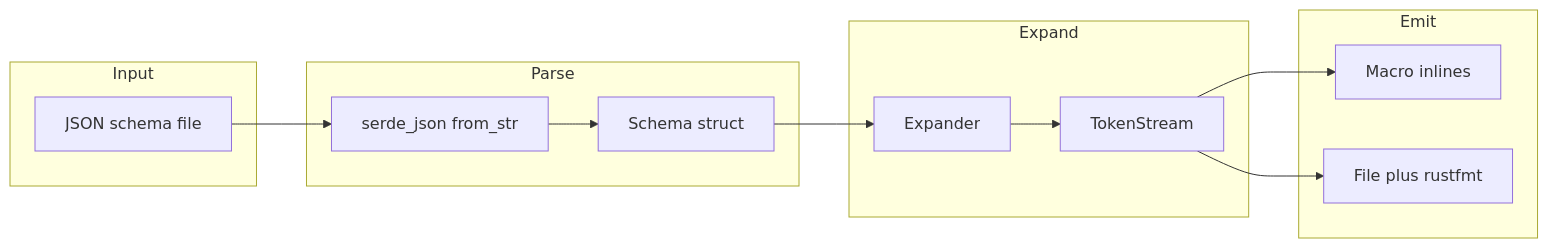
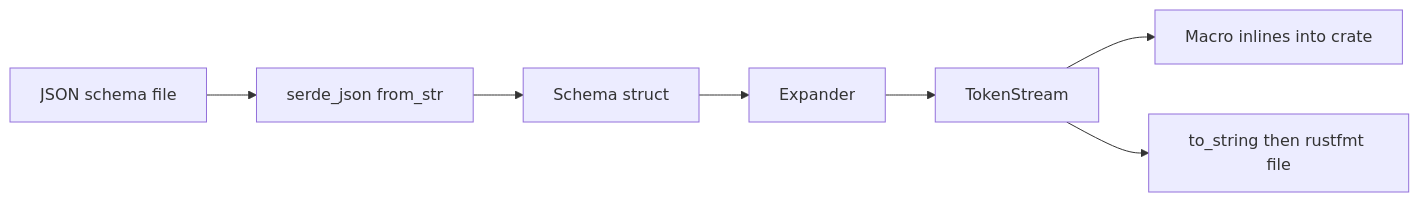
The first of 2 diagrams in research/reports/rust/Marwes-schemafy.md (goddtriffin/json-schema-rs), drawn with Mermaid before and after one commit. The commit also changed other lines of this file and 51 other files, not shown here.

````diff
--- a/research/reports/rust/Marwes-schemafy.md
+++ b/research/reports/rust/Marwes-schemafy.md
@@ -71,24 +75,9 @@
 ```mermaid
 flowchart LR
-  subgraph input [Input]
-    JSON[JSON schema file]
-  end
-  subgraph parse [Parse]
-    Serde[serde_json from_str]
-    Schema[Schema struct]
-  end
-  subgraph expand [Expand]
-    Expander[Expander]
-    Tokens[TokenStream]
-  end
-  subgraph emit [Emit]
-    Macro[Macro inlines]
-    File[File plus rustfmt]
-  end
-  JSON --> Serde
-  Serde --> Schema
-  Schema --> Expander
-  Expander --> Tokens
-  Tokens --> Macro
-  Tokens --> File
+  JSON[JSON schema file] --> Serde[serde_json from_str]
+  Serde --> Schema[Schema struct]
+  Schema --> Expander[Expander]
+  Expander --> Tokens[TokenStream]
+  Tokens --> Macro[Macro inlines into crate]
+  Tokens --> File[to_string then rustfmt file]
 ```
````
